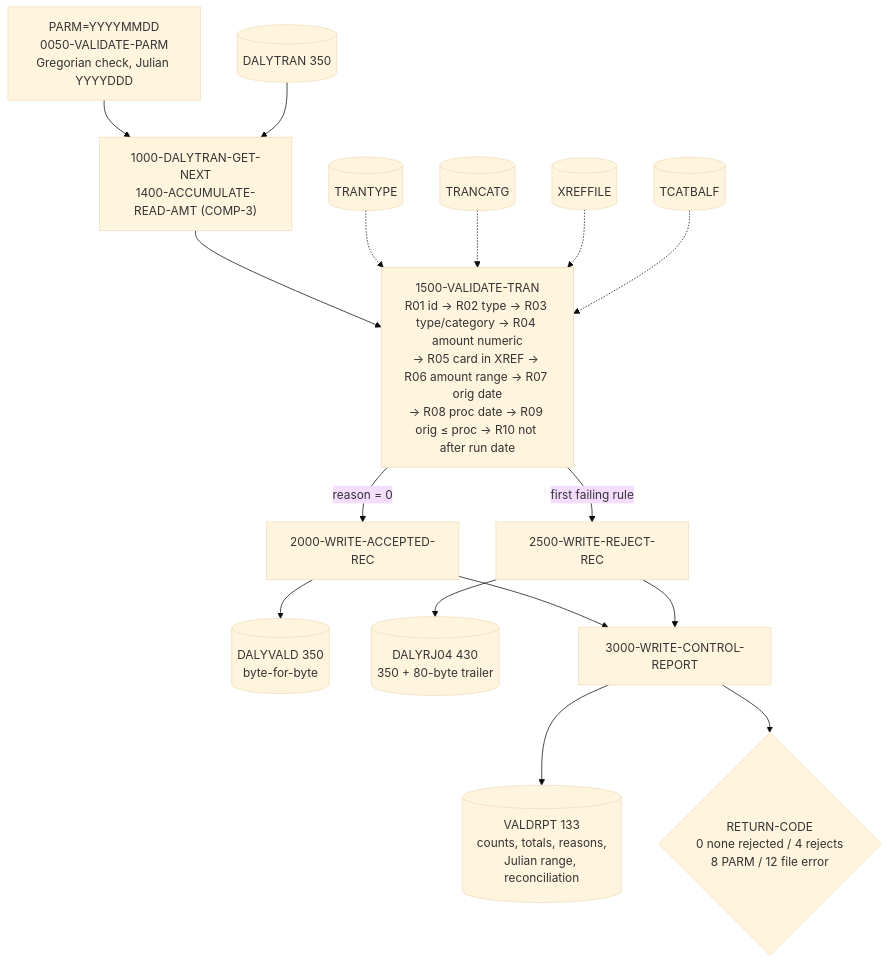
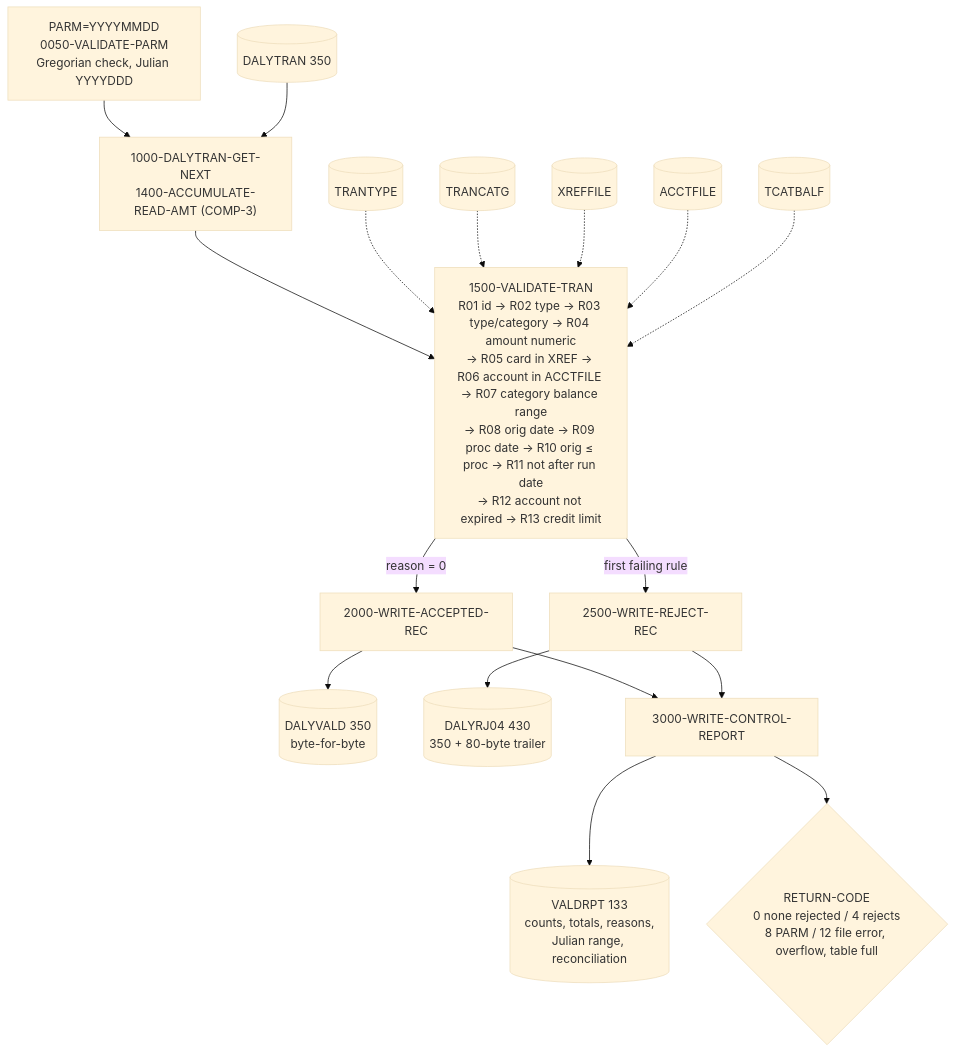
The diagram in docs/sustainment/cbtrn04c/change-request.md (COG-GTM/aws-mainframe-modernization-carddemo), drawn with Mermaid (base theme) before and after one commit. The commit also changed other lines of this file and 240 other files, not shown here.

First line of the commit message:
CBTRN04C: account checks, packed overflow guards, JCL cleanup, docs sync

````diff
--- a/docs/sustainment/cbtrn04c/change-request.md
+++ b/docs/sustainment/cbtrn04c/change-request.md
@@ -54,16 +68,17 @@
 ```mermaid
 flowchart TD
     P["PARM=YYYYMMDD<br/>0050-VALIDATE-PARM<br/>Gregorian check, Julian YYYYDDD"] --> R
     D[(DALYTRAN 350)] --> R["1000-DALYTRAN-GET-NEXT<br/>1400-ACCUMULATE-READ-AMT (COMP-3)"]
-    R --> V["1500-VALIDATE-TRAN<br/>R01 id → R02 type → R03 type/category → R04 amount numeric<br/>→ R05 card in XREF → R06 amount range → R07 orig date<br/>→ R08 proc date → R09 orig ≤ proc → R10 not after run date"]
+    R --> V["1500-VALIDATE-TRAN<br/>R01 id → R02 type → R03 type/category → R04 amount numeric<br/>→ R05 card in XREF → R06 account in ACCTFILE → R07 category balance range<br/>→ R08 orig date → R09 proc date → R10 orig ≤ proc → R11 not after run date<br/>→ R12 account not expired → R13 credit limit"]
     T[(TRANTYPE)] -.-> V
     C[(TRANCATG)] -.-> V
     X[(XREFFILE)] -.-> V
+    AC[(ACCTFILE)] -.-> V
     B[(TCATBALF)] -.-> V
     V -->|reason = 0| A["2000-WRITE-ACCEPTED-REC"] --> DV[(DALYVALD 350<br/>byte-for-byte)]
     V -->|first failing rule| J["2500-WRITE-REJECT-REC"] --> DJ[(DALYRJ04 430<br/>350 + 80-byte trailer)]
     A --> S["3000-WRITE-CONTROL-REPORT"]
     J --> S
     S --> RP[(VALDRPT 133<br/>counts, totals, reasons,<br/>Julian range, reconciliation)]
-    S --> RC{"RETURN-CODE<br/>0 none rejected / 4 rejects<br/>8 PARM / 12 file error"}
+    S --> RC{"RETURN-CODE<br/>0 none rejected / 4 rejects<br/>8 PARM / 12 file error, overflow, table full"}
 ```
````
